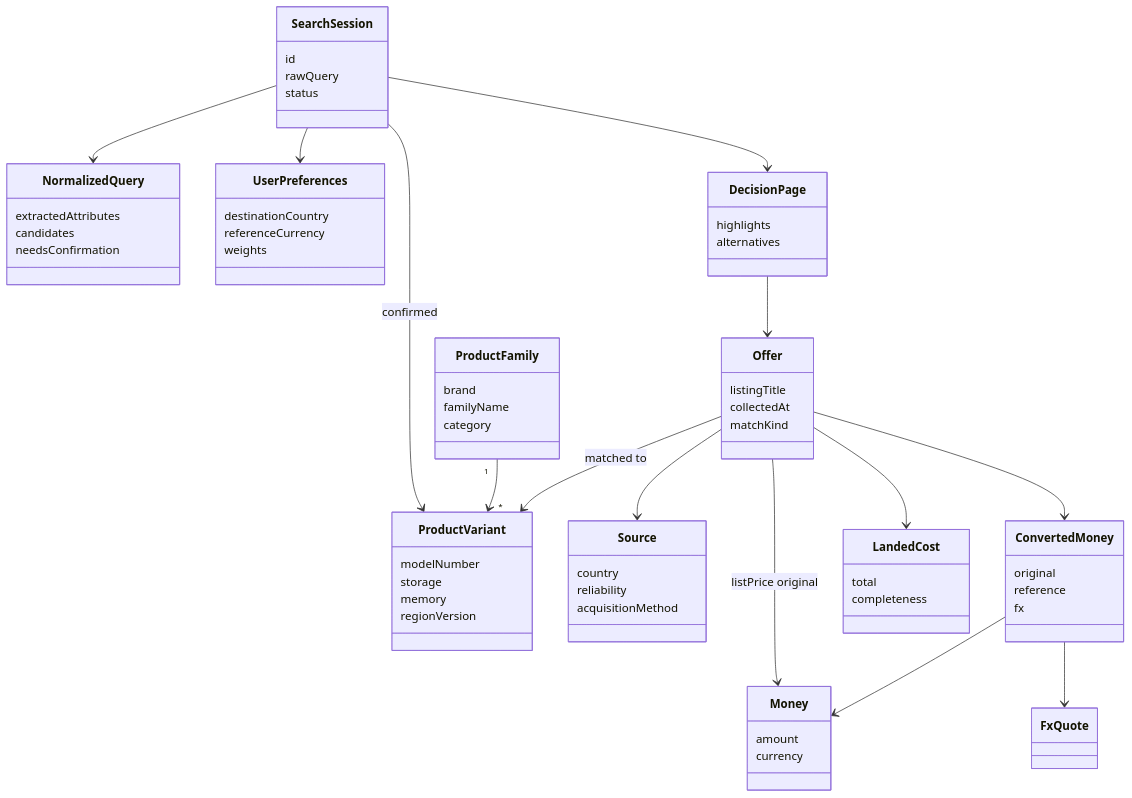
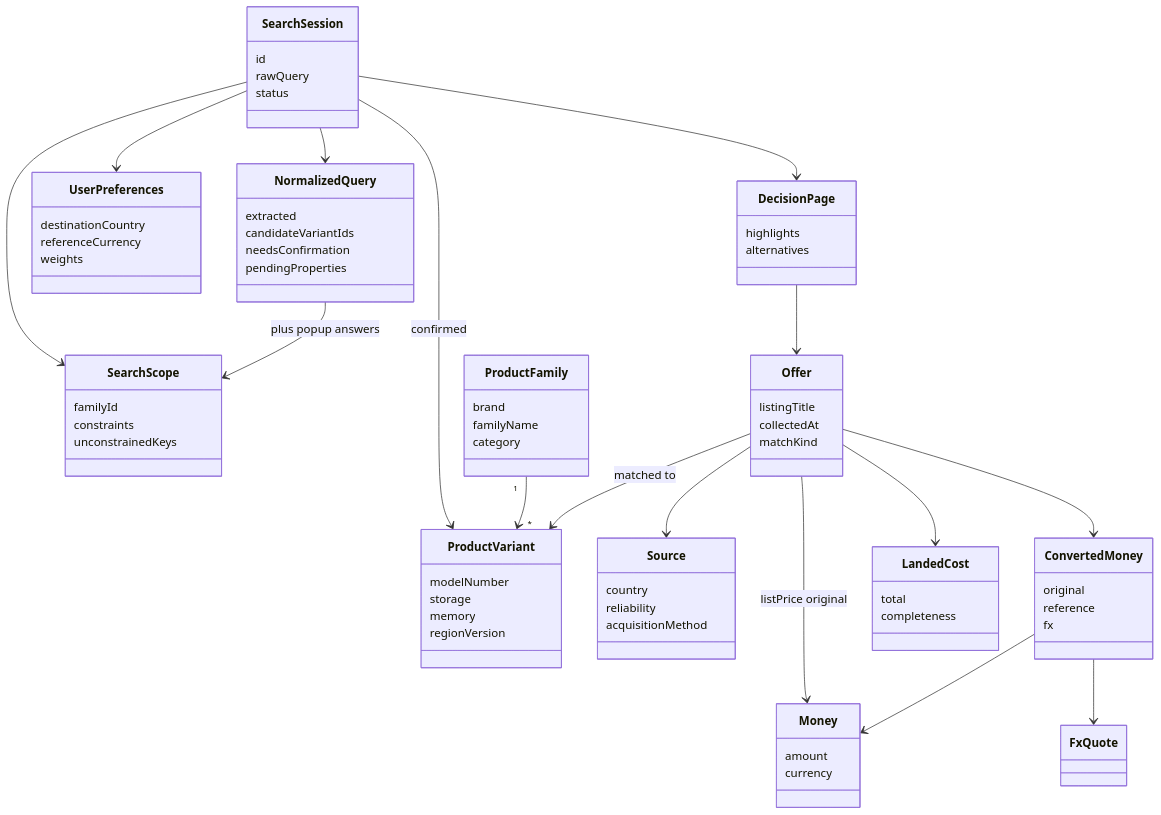
The diagram in docs/data-model.md (doguaktug/Global-Product-Price-Intelligence), drawn with Mermaid before and after one commit. The commit also changed other lines of this file, not shown here.

````diff
--- a/docs/data-model.md
+++ b/docs/data-model.md
@@ -29,70 +29,78 @@
 ```mermaid
 classDiagram
     class SearchSession {
         id
         rawQuery
         status
     }
     class NormalizedQuery {
-        extractedAttributes
-        candidates
+        extracted
+        candidateVariantIds
         needsConfirmation
+        pendingProperties
+    }
+    class SearchScope {
+        familyId
+        constraints
+        unconstrainedKeys
     }
     class UserPreferences {
         destinationCountry
         referenceCurrency
         weights
     }
     class ProductFamily {
         brand
         familyName
         category
     }
     class ProductVariant {
         modelNumber
         storage
         memory
         regionVersion
     }
     class Source {
         country
         reliability
         acquisitionMethod
     }
     class Offer {
         listingTitle
         collectedAt
         matchKind
     }
     class Money {
         amount
         currency
     }
     class ConvertedMoney {
         original
         reference
         fx
     }
     class LandedCost {
         total
         completeness
     }
     class DecisionPage {
         highlights
         alternatives
     }
 
     SearchSession --> NormalizedQuery
     SearchSession --> UserPreferences
+    SearchSession --> SearchScope
     SearchSession --> ProductVariant : confirmed
+    NormalizedQuery --> SearchScope : plus popup answers
     SearchSession --> DecisionPage
     ProductFamily "1" --> "*" ProductVariant
     Offer --> Source
     Offer --> ProductVariant : matched to
     Offer --> Money : listPrice original
     Offer --> ConvertedMoney
     Offer --> LandedCost
     ConvertedMoney --> Money
     ConvertedMoney --> FxQuote
     DecisionPage --> Offer
 ```
````
